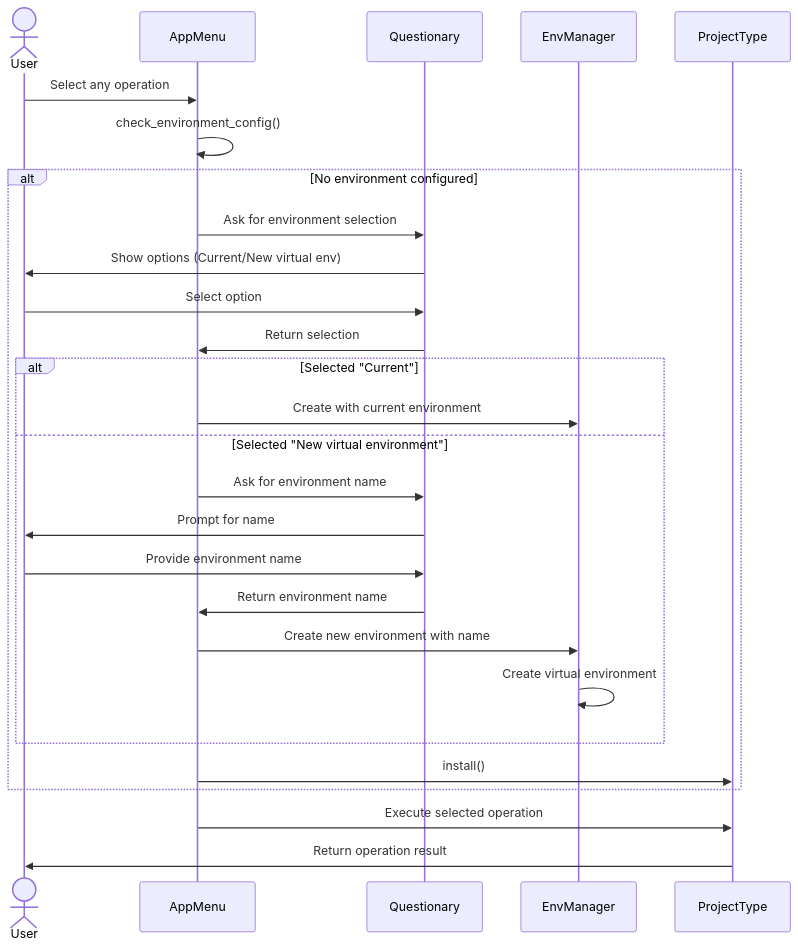
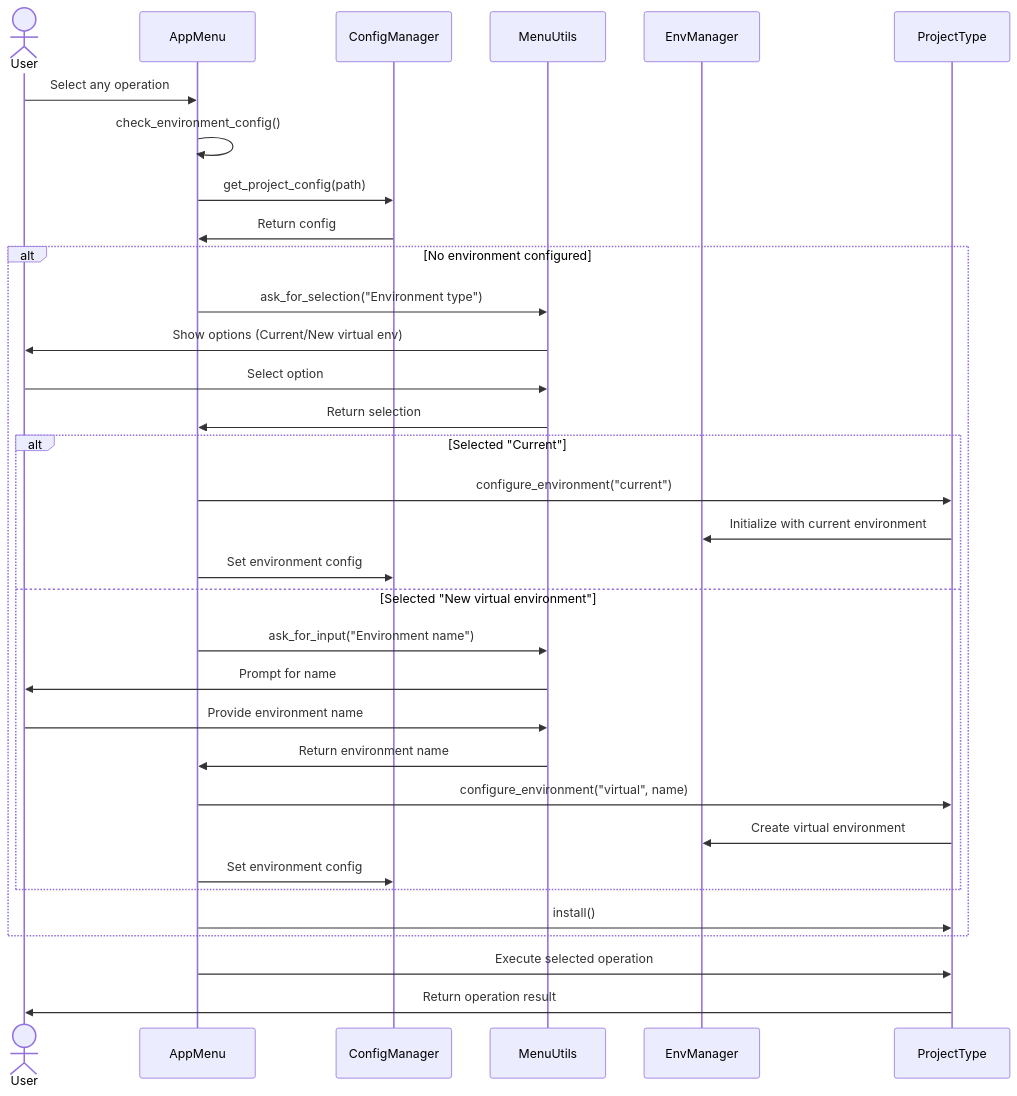
Before and after one commit to r4d4m4n71s/cicd_tools: the seventh of 10 diagrams in doc/cicd_tools_architecture_plan.md, drawn with Mermaid. The commit also changed other lines of this file and 20 other files, not shown here.

````diff
--- a/doc/cicd_tools_architecture_plan.md
+++ b/doc/cicd_tools_architecture_plan.md
@@ -213,34 +342,40 @@
 ```mermaid
 sequenceDiagram
     actor User
     participant AppMenu
-    participant Questionary
+    participant ConfigManager
+    participant MenuUtils
     participant EnvManager
     participant ProjectType
     
     User->>AppMenu: Select any operation
     AppMenu->>AppMenu: check_environment_config()
+    AppMenu->>ConfigManager: get_project_config(path)
+    ConfigManager->>AppMenu: Return config
     
     alt No environment configured
-        AppMenu->>Questionary: Ask for environment selection
-        Questionary->>User: Show options (Current/New virtual env)
-        User->>Questionary: Select option
-        Questionary->>AppMenu: Return selection
+        AppMenu->>MenuUtils: ask_for_selection("Environment type")
+        MenuUtils->>User: Show options (Current/New virtual env)
+        User->>MenuUtils: Select option
+        MenuUtils->>AppMenu: Return selection
         
         alt Selected "Current"
-            AppMenu->>EnvManager: Create with current environment
+            AppMenu->>ProjectType: configure_environment("current")
+            ProjectType->>EnvManager: Initialize with current environment
+            AppMenu->>ConfigManager: Set environment config
         else Selected "New virtual environment"
-            AppMenu->>Questionary: Ask for environment name
-            Questionary->>User: Prompt for name
-            User->>Questionary: Provide environment name
-            Questionary->>AppMenu: Return environment name
-            AppMenu->>EnvManager: Create new environment with name
-            EnvManager->>EnvManager: Create virtual environment
+            AppMenu->>MenuUtils: ask_for_input("Environment name")
+            MenuUtils->>User: Prompt for name
+            User->>MenuUtils: Provide environment name
+            MenuUtils->>AppMenu: Return environment name
+            AppMenu->>ProjectType: configure_environment("virtual", name)
+            ProjectType->>EnvManager: Create virtual environment
+            AppMenu->>ConfigManager: Set environment config
         end
         
         AppMenu->>ProjectType: install()
     end
     
     AppMenu->>ProjectType: Execute selected operation
     ProjectType->>User: Return operation result
 ```
````
